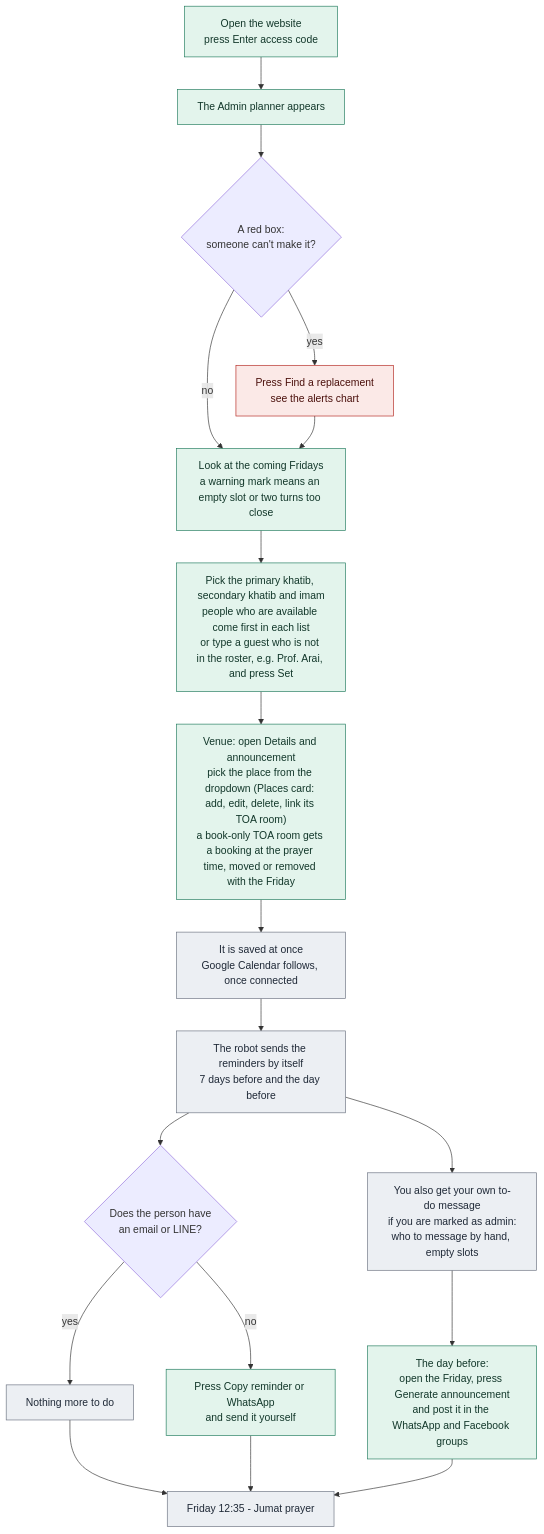
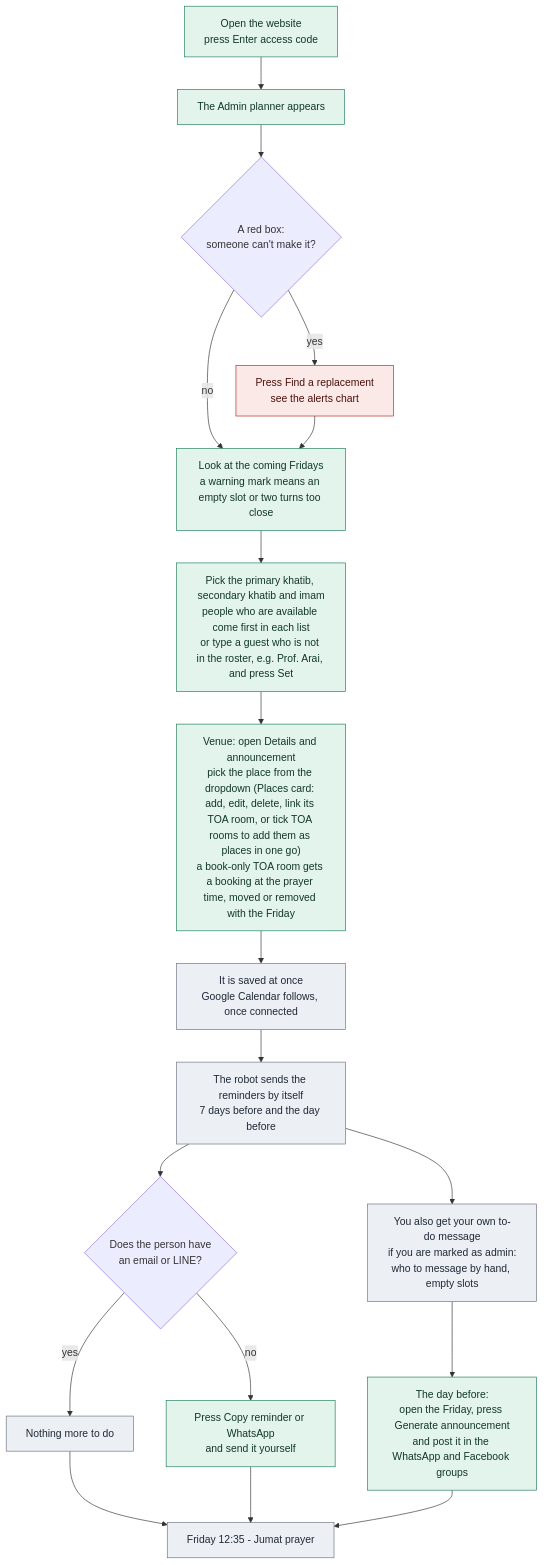
Before and after one commit to mushaffarasyidridha/Jumat-Scheduler-NAIST: the diagram in public/flows/admin-week.mmd, drawn with Mermaid. The commit also changed 10 other files, not shown here.

First line of the commit message:
Places: add places from TOA rooms by ticking them in a list

```diff
--- a/public/flows/admin-week.mmd
+++ b/public/flows/admin-week.mmd
@@ -1,25 +1,25 @@
 flowchart TD
   A["Open the website<br/>press Enter access code"] --> B["The Admin planner appears"]
   B --> C{"A red box:<br/>someone can't make it?"}
   C -->|"yes"| C1["Press Find a replacement<br/>see the alerts chart"]
   C -->|"no"| D
   C1 --> D["Look at the coming Fridays<br/>a warning mark means an empty slot or two turns too close"]
   D --> E["Pick the primary khatib, secondary khatib and imam<br/>people who are available come first in each list<br/>or type a guest who is not in the roster, e.g. Prof. Arai, and press Set"]
-  E --> E2["Venue: open Details and announcement<br/>pick the place from the dropdown (Places card: add, edit, delete, link its TOA room)<br/>a book-only TOA room gets a booking at the prayer time, moved or removed with the Friday"]
+  E --> E2["Venue: open Details and announcement<br/>pick the place from the dropdown (Places card: add, edit, delete, link its TOA room, or tick TOA rooms to add them as places in one go)<br/>a book-only TOA room gets a booking at the prayer time, moved or removed with the Friday"]
   E2 --> F["It is saved at once<br/>Google Calendar follows, once connected"]
   F --> G["The robot sends the reminders by itself<br/>7 days before and the day before"]
   G --> H{"Does the person have<br/>an email or LINE?"}
   H -->|"yes"| I["Nothing more to do"]
   H -->|"no"| J["Press Copy reminder or WhatsApp<br/>and send it yourself"]
   G --> K["You also get your own to-do message<br/>if you are marked as admin:<br/>who to message by hand, empty slots"]
   K --> L["The day before:<br/>open the Friday, press Generate announcement<br/>and post it in the WhatsApp and Facebook groups"]
   I --> M["Friday 12:35 - Jumat prayer"]
   J --> M
   L --> M
 
   classDef admin fill:#e3f4ec,stroke:#1f7a5c,color:#12372a
   classDef robot fill:#eceff3,stroke:#6b7280,color:#1f2937
   classDef warn fill:#fbe9e7,stroke:#b3261e,color:#4a0f0b
   class E2,A,B,D,E,J,L admin
   class F,G,I,K,M robot
   class C1 warn
```
